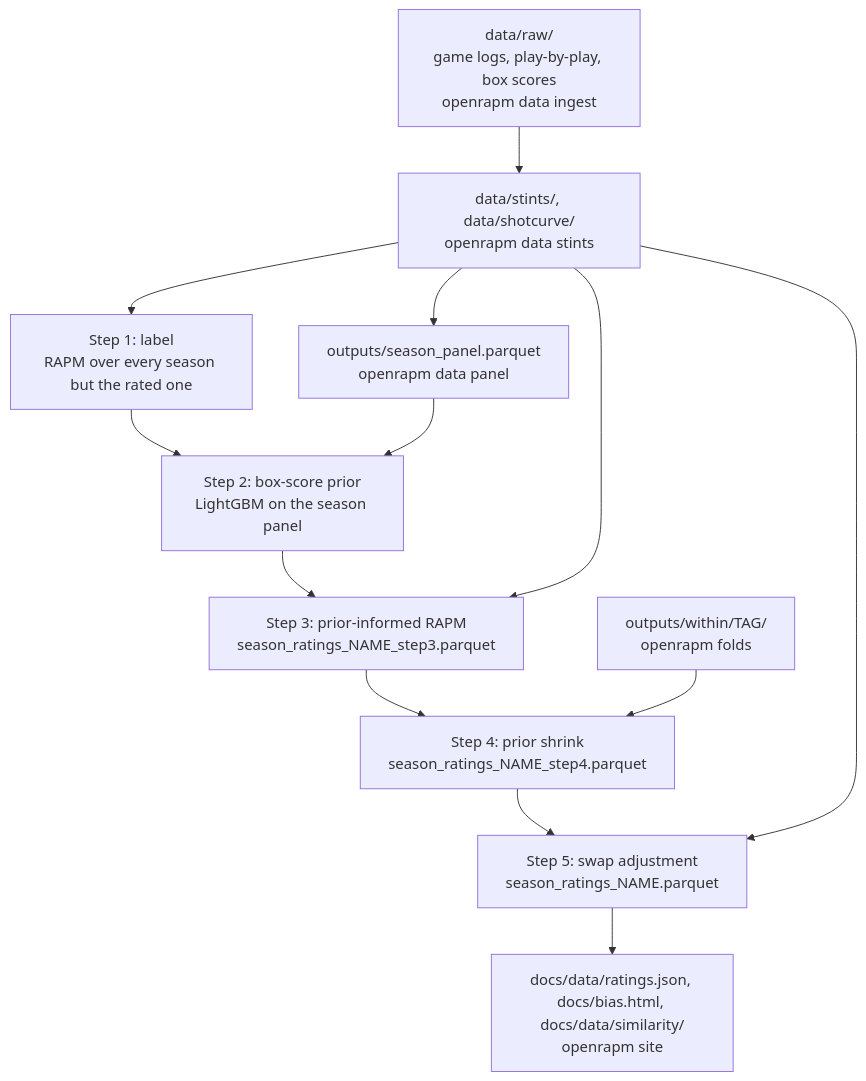
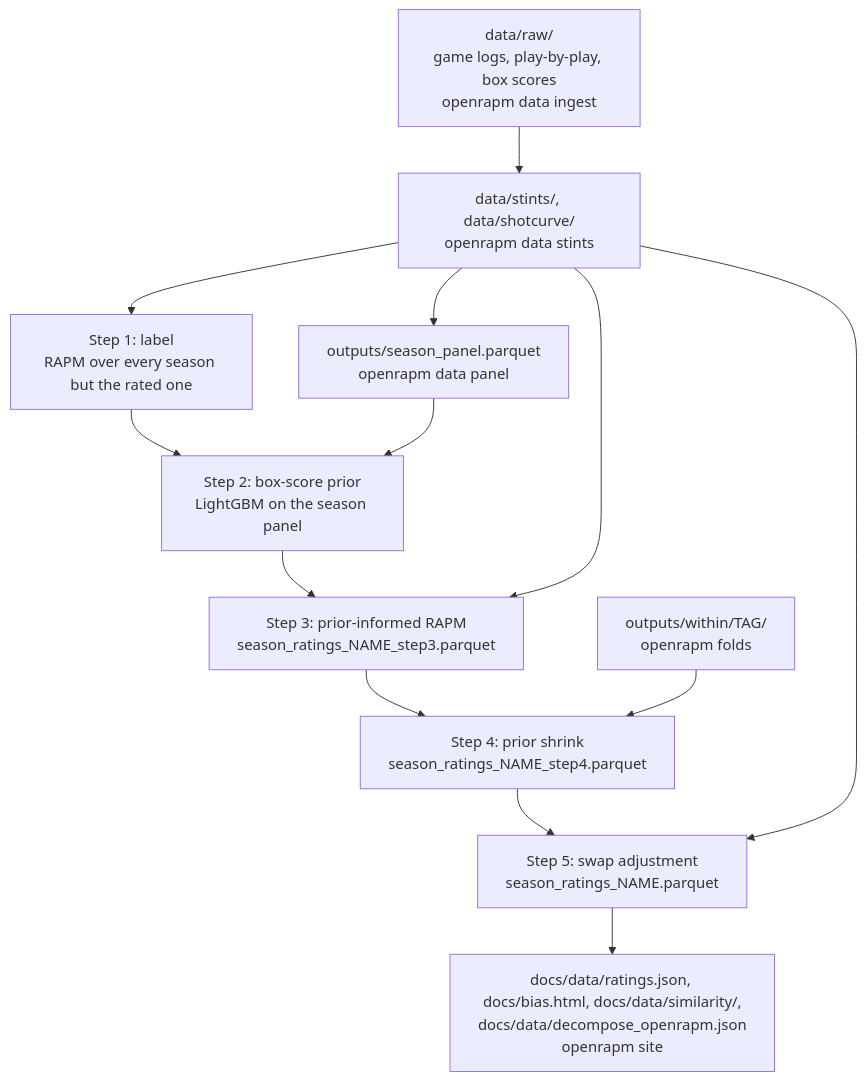
The diagram in PIPELINE.md (bbstats/openrapm), drawn with Mermaid before and after one commit. The commit also changed other lines of this file and 21 other files, not shown here.

````diff
--- a/PIPELINE.md
+++ b/PIPELINE.md
@@ -16,15 +16,15 @@
 ```mermaid
 flowchart TD
     RAW["data/raw/<br/>game logs, play-by-play, box scores<br/>openrapm data ingest"] --> ST["data/stints/, data/shotcurve/<br/>openrapm data stints"]
     ST --> PAN["outputs/season_panel.parquet<br/>openrapm data panel"]
     ST --> S1["Step 1: label<br/>RAPM over every season but the rated one"]
     S1 --> S2["Step 2: box-score prior<br/>LightGBM on the season panel"]
     PAN --> S2
     S2 --> S3["Step 3: prior-informed RAPM<br/>season_ratings_NAME_step3.parquet"]
     ST --> S3
     S3 --> S4["Step 4: prior shrink<br/>season_ratings_NAME_step4.parquet"]
     FO["outputs/within/TAG/<br/>openrapm folds"] --> S4
     S4 --> S5["Step 5: swap adjustment<br/>season_ratings_NAME.parquet"]
     ST --> S5
-    S5 --> SITE["docs/data/ratings.json, docs/bias.html, docs/data/similarity/<br/>openrapm site"]
+    S5 --> SITE["docs/data/ratings.json, docs/bias.html, docs/data/similarity/,<br/>docs/data/decompose_openrapm.json<br/>openrapm site"]
 ```
````
